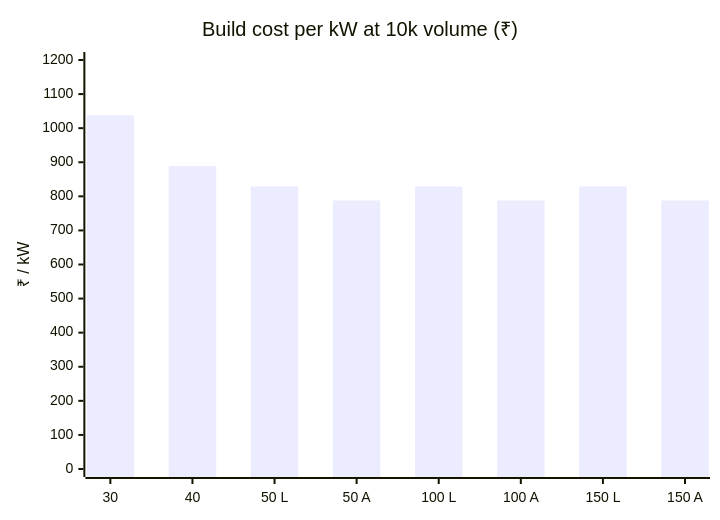
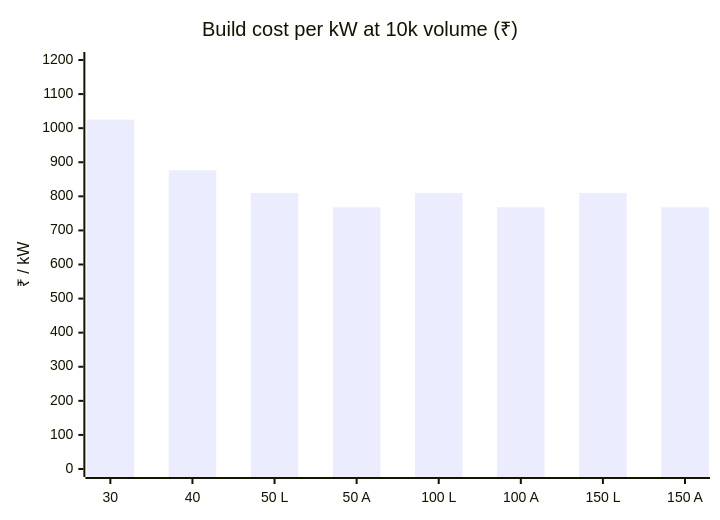
One commit to vectivolt/DC-Modules changed the diagram in docs/bom-cost.md. Above: the diagram before and after it, drawn with Mermaid. The commit also changed other lines of this file and 64 other files, not shown here.

````diff
--- a/docs/bom-cost.md
+++ b/docs/bom-cost.md
@@ -41,7 +41,7 @@
 ```mermaid
 xychart-beta
   title "Build cost per kW at 10k volume (₹)"
   x-axis ["30", "40", "50 L", "50 A", "100 L", "100 A", "150 L", "150 A"]
   y-axis "₹ / kW" 0 --> 1200
-  bar [1038, 889, 829, 788, 829, 788, 829, 788]
+  bar [1025, 876, 810, 768, 810, 768, 810, 768]
 ```
````
